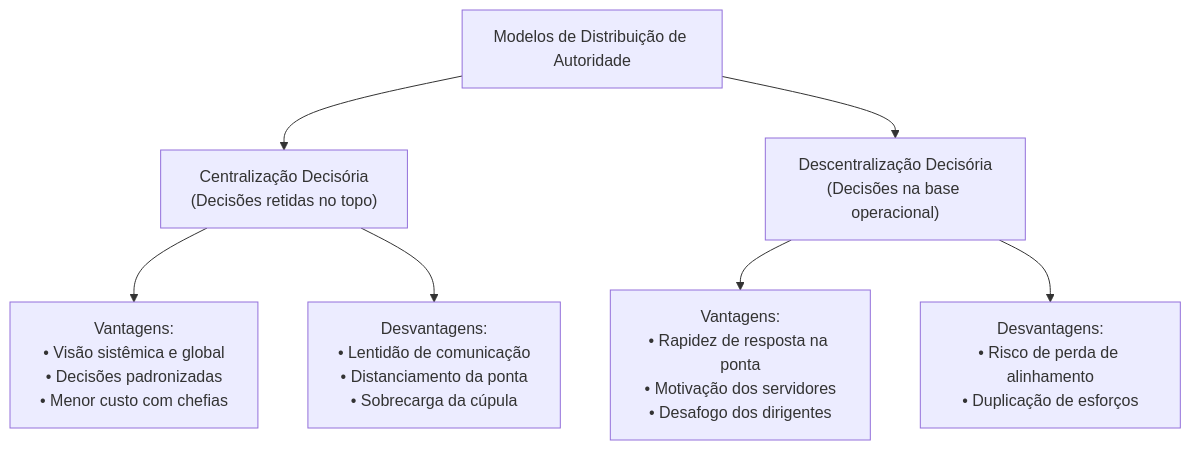
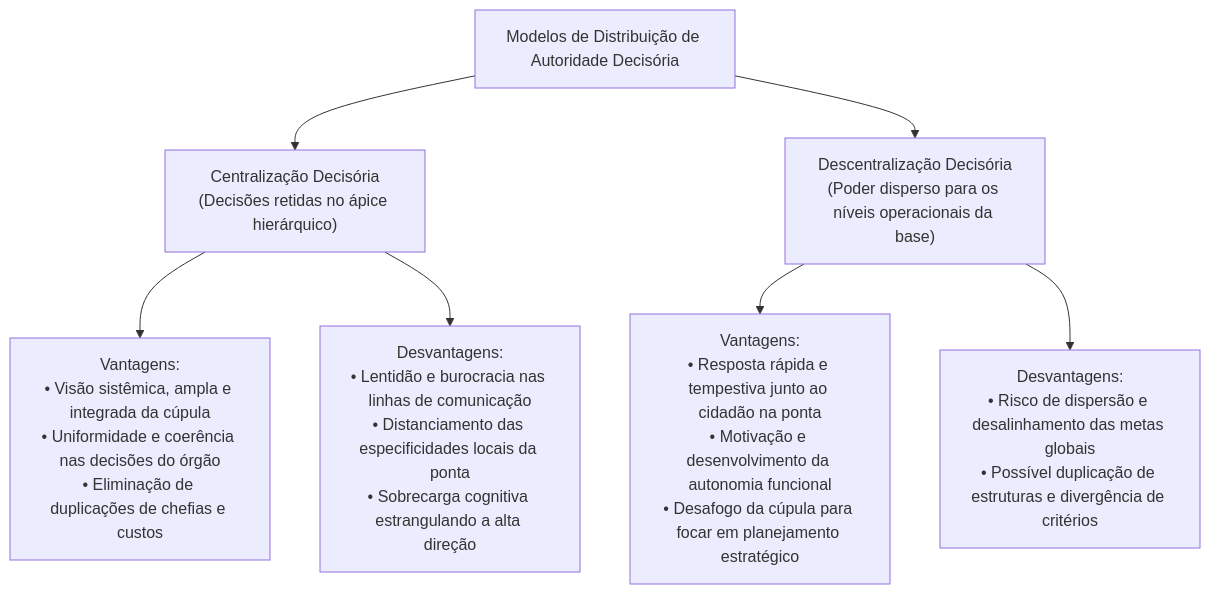
The fourth of 5 diagrams in fontes_de_estudo/conhecimentos_especificos_a01_tecnico_administrativo/22_administracao_geral/02_organizacao_racional_do_trabalho_estruturas_e_ambientes.md (thiagosantos346/TCE-GO-2027), drawn with Mermaid before and after one commit. The commit also changed other lines of this file and 119 other files, not shown here.

````diff
--- a/fontes_de_estudo/conhecimentos_especificos_a01_tecnico_administrativo/22_administracao_geral/02_organizacao_racional_do_trabalho_estruturas_e_ambientes.md
+++ b/fontes_de_estudo/conhecimentos_especificos_a01_tecnico_administrativo/22_administracao_geral/02_organizacao_racional_do_trabalho_estruturas_e_ambientes.md
@@ -154,13 +143,13 @@
 ```mermaid
 flowchart TD
-    Decisao["Modelos de Distribuição de Autoridade"]
+    Decisao["Modelos de Distribuição de Autoridade Decisória"]
     
-    Decisao --> Cent["Centralização Decisória<br/>(Decisões retidas no topo)"]
-    Decisao --> Descent["Descentralização Decisória<br/>(Decisões na base operacional)"]
+    Decisao --> Cent["Centralização Decisória<br/>(Decisões retidas no ápice hierárquico)"]
+    Decisao --> Descent["Descentralização Decisória<br/>(Poder disperso para os níveis operacionais da base)"]
     
-    Cent --> VCent["Vantagens:<br/>• Visão sistêmica e global<br/>• Decisões padronizadas<br/>• Menor custo com chefias"]
-    Cent --> DCent["Desvantagens:<br/>• Lentidão de comunicação<br/>• Distanciamento da ponta<br/>• Sobrecarga da cúpula"]
+    Cent --> VCent["Vantagens:<br/>• Visão sistêmica, ampla e integrada da cúpula<br/>• Uniformidade e coerência nas decisões do órgão<br/>• Eliminação de duplicações de chefias e custos"]
+    Cent --> DCent["Desvantagens:<br/>• Lentidão e burocracia nas linhas de comunicação<br/>• Distanciamento das especificidades locais da ponta<br/>• Sobrecarga cognitiva estrangulando a alta direção"]
     
-    Descent --> VDescent["Vantagens:<br/>• Rapidez de resposta na ponta<br/>• Motivação dos servidores<br/>• Desafogo dos dirigentes"]
-    Descent --> DDescent["Desvantagens:<br/>• Risco de perda de alinhamento<br/>• Duplicação de esforços"]
+    Descent --> VDescent["Vantagens:<br/>• Resposta rápida e tempestiva junto ao cidadão na ponta<br/>• Motivação e desenvolvimento da autonomia funcional<br/>• Desafogo da cúpula para focar em planejamento estratégico"]
+    Descent --> DDescent["Desvantagens:<br/>• Risco de dispersão e desalinhamento das metas globais<br/>• Possível duplicação de estruturas e divergência de critérios"]
 ```
````
